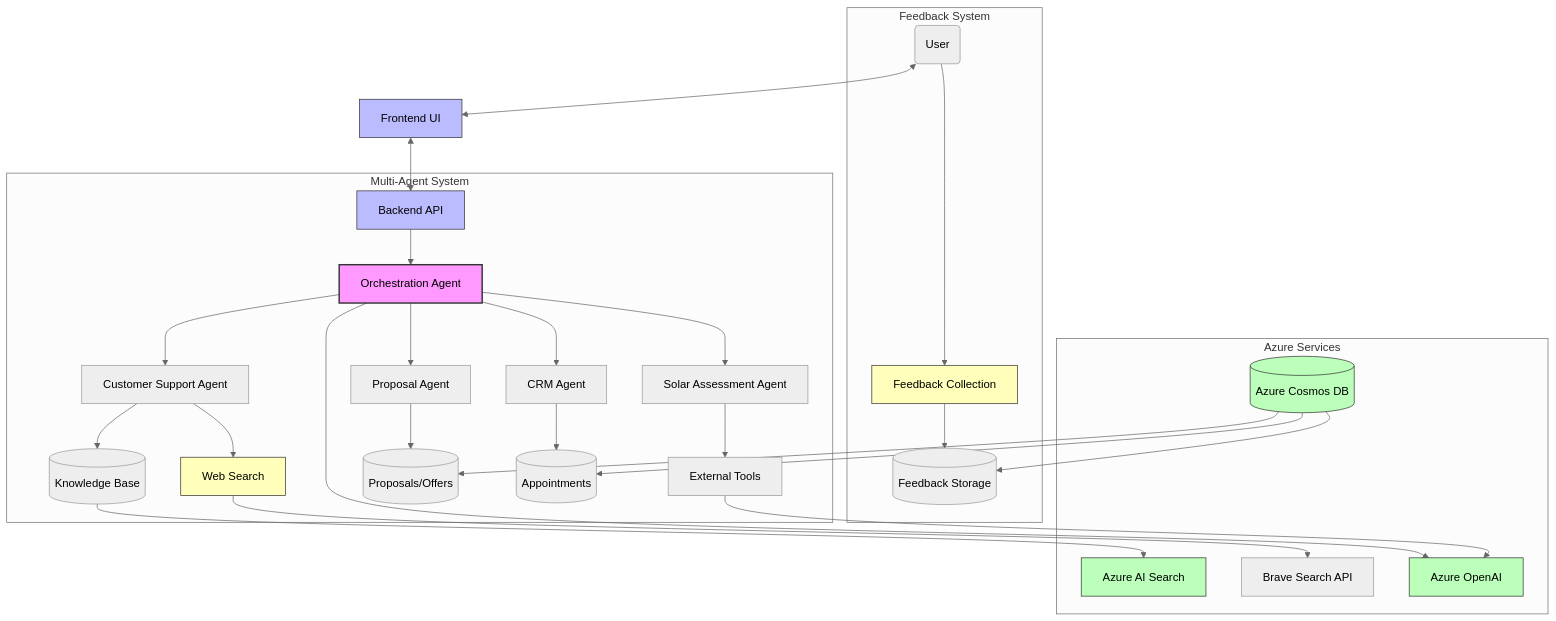
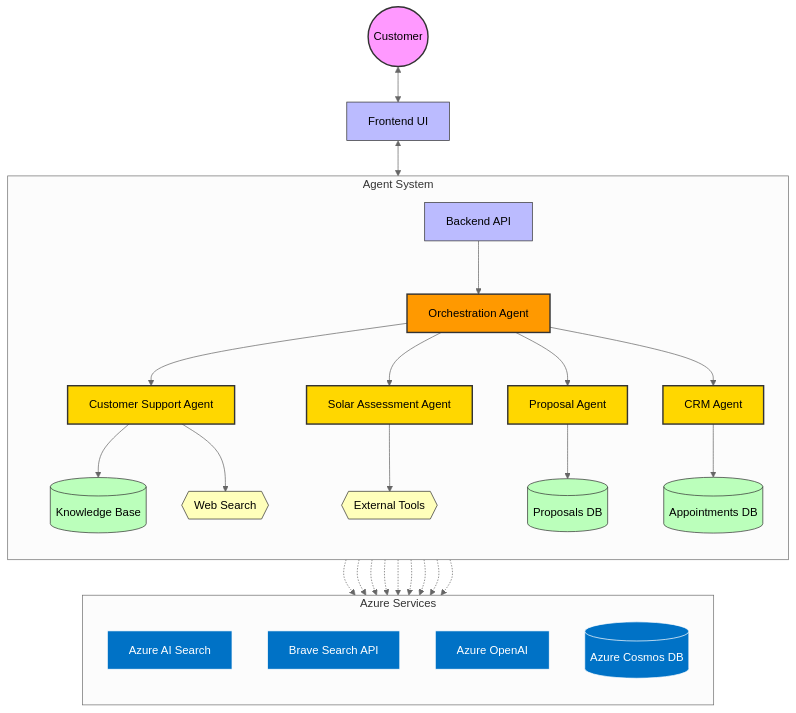
Before and after one commit to JoshuaLevi/DemoSolar: the diagram in README.md, drawn with Mermaid (neutral theme). The commit also changed other lines of this file, not shown here.

Commit message:
readme update

````diff
--- a/README.md
+++ b/README.md
@@ -16,45 +16,48 @@
 ```mermaid
-graph TD
-    User(User) <--> Frontend[Frontend UI]
-    Frontend <--> API[Backend API]
+flowchart TB
+    User((Customer)) <--> FrontendUI[Frontend UI]
+    FrontendUI <--> BackendAPI[Backend API]
     
-    subgraph "Multi-Agent System"
-        API --> Orchestrator[Orchestration Agent]
+    subgraph "Agent System"
+        direction TB
+        BackendAPI --> Orchestrator
         
-        Orchestrator --> CS[Customer Support Agent]
-        Orchestrator --> SA[Solar Assessment Agent]
-        Orchestrator --> PA[Proposal Agent]
-        Orchestrator --> CRM[CRM Agent]
+        Orchestrator[Orchestration Agent]
         
-        CS --> KB[(Knowledge Base)]
-        CS --> WebSearch[Web Search]
-        SA --> Tools[External Tools]
-        PA --> Offers[(Proposals/Offers)]
-        CRM --> Appointments[(Appointments)]
-    end
-    
-    subgraph "Feedback System"
-        User --> FC[Feedback Collection]
-        FC --> FeedbackDB[(Feedback Storage)]
+        Orchestrator --> SupportAgent[Customer Support Agent]
+        Orchestrator --> AssessmentAgent[Solar Assessment Agent]
+        Orchestrator --> ProposalAgent[Proposal Agent]
+        Orchestrator --> CRMAgent[CRM Agent]
+        
+        SupportAgent --> KnowledgeBase[(Knowledge Base)]
+        SupportAgent --> WebSearch{{Web Search}}
+        AssessmentAgent --> Tools{{External Tools}}
+        ProposalAgent --> Proposals[(Proposals DB)]
+        CRMAgent --> Appointments[(Appointments DB)]
     end
     
     subgraph "Azure Services"
-        KB --> AzSearch[Azure AI Search]
-        WebSearch --> BraveAPI[Brave Search API]
-        Tools --> AzOpenAI[Azure OpenAI]
-        Orchestrator --> AzOpenAI
-        CosmosDB[(Azure Cosmos DB)] --> Appointments
-        CosmosDB --> Offers
-        CosmosDB --> FeedbackDB
+        direction TB
+        KnowledgeBase -.-> AzureSearch[Azure AI Search]
+        WebSearch -.-> BraveAPI[Brave Search API]
+        Orchestrator & SupportAgent & AssessmentAgent & ProposalAgent & CRMAgent -.-> AzureOpenAI[Azure OpenAI]
+        Proposals & Appointments -.-> CosmosDB[(Azure Cosmos DB)]
     end
     
-    classDef primary fill:#f9f,stroke:#333,stroke-width:2px
-    classDef secondary fill:#bbf,stroke:#333,stroke-width:1px
-    classDef azure fill:#bfb,stroke:#333,stroke-width:1px
-    classDef utility fill:#ffb,stroke:#333,stroke-width:1px
+    %% Styling
+    classDef user fill:#f9f,stroke:#333,stroke-width:2px
+    classDef frontend fill:#bbf,stroke:#333,stroke-width:1px
+    classDef agent fill:#ffd700,stroke:#333,stroke-width:2px
+    classDef primaryAgent fill:#ff9900,stroke:#333,stroke-width:2px
+    classDef database fill:#bfb,stroke:#333,stroke-width:1px
+    classDef azure fill:#0072C6,stroke:#fff,stroke-width:1px,color:#fff
+    classDef tool fill:#ffb,stroke:#333,stroke-width:1px
     
-    class Orchestrator primary
-    class Frontend,API secondary
-    class AzOpenAI,AzSearch,CosmosDB azure
-    class FC,WebSearch utility
+    class User user
+    class FrontendUI,BackendAPI frontend
+    class Orchestrator primaryAgent
+    class SupportAgent,AssessmentAgent,ProposalAgent,CRMAgent agent
+    class KnowledgeBase,Proposals,Appointments database
+    class AzureSearch,AzureOpenAI,CosmosDB,BraveAPI azure
+    class WebSearch,Tools tool
 ```
````
